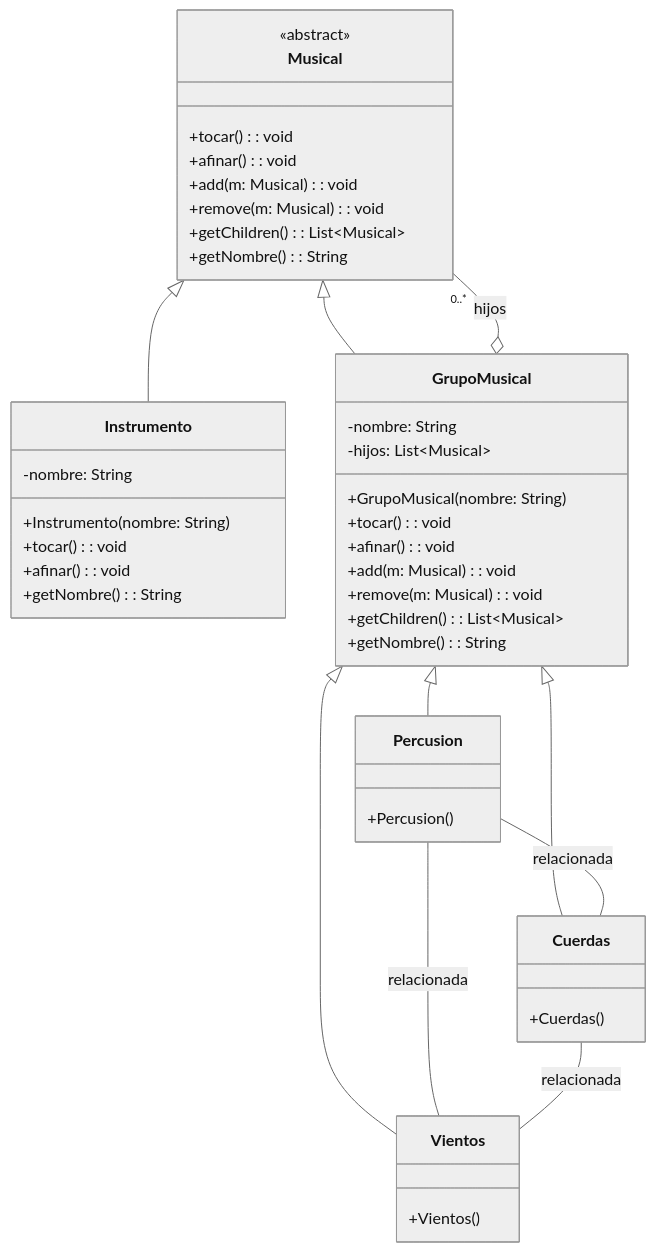
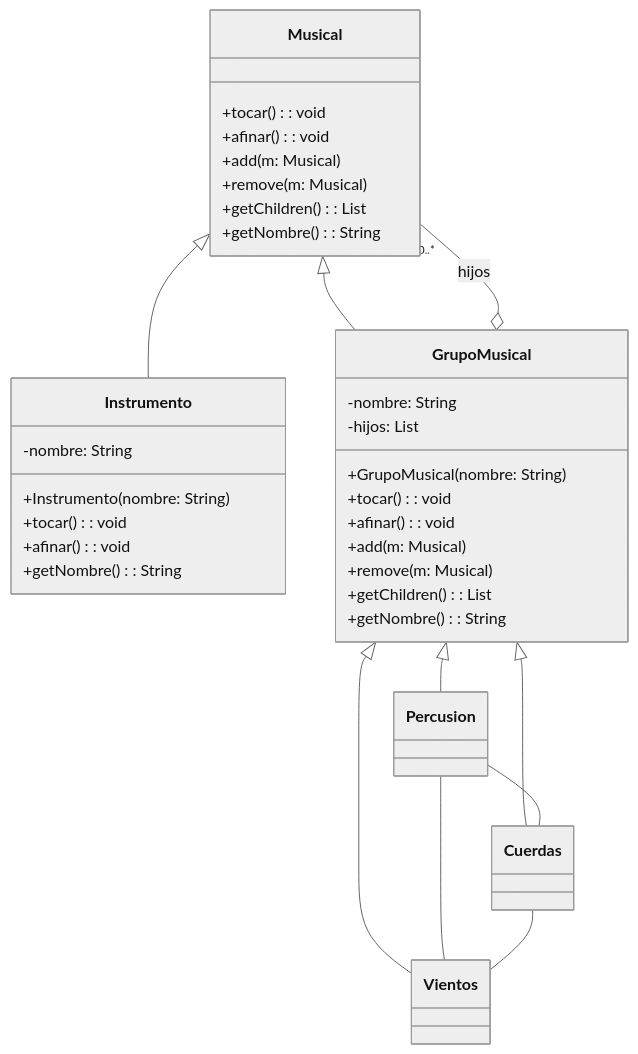
Before and after one commit to DominicRobayod/Ejercicio-instrumentos: the diagram in README.md, drawn with Mermaid (neutral theme). The commit also changed other lines of this file, not shown here.

````diff
--- a/README.md
+++ b/README.md
@@ -21,59 +23,52 @@
 ```mermaid
 classDiagram
-    class Musical <<abstract>> {
+    class Musical {
         +tocar(): void
         +afinar(): void
-        +add(m: Musical): void
-        +remove(m: Musical): void
-        +getChildren(): List~Musical~
+        +add(m: Musical)
+        +remove(m: Musical)
+        +getChildren(): List
         +getNombre(): String
     }
 
     class Instrumento {
         -nombre: String
         +Instrumento(nombre: String)
         +tocar(): void
         +afinar(): void
         +getNombre(): String
     }
 
     class GrupoMusical {
         -nombre: String
-        -hijos: List~Musical~
+        -hijos: List
         +GrupoMusical(nombre: String)
         +tocar(): void
         +afinar(): void
-        +add(m: Musical): void
-        +remove(m: Musical): void
-        +getChildren(): List~Musical~
+        +add(m: Musical)
+        +remove(m: Musical)
+        +getChildren(): List
         +getNombre(): String
     }
 
-    class Percusion {
-        +Percusion()
-        %% Constructor: crea instrumentos de percusión: Batería, Congas, Bongós
-    }
-    class Cuerdas {
-        +Cuerdas()
-        %% Constructor: crea instrumentos de cuerdas: Guitarra, Violín, Arpa
-    }
-    class Vientos {
-        +Vientos()
-        %% Constructor: crea instrumentos de viento: Flauta, Saxofón, Trompeta
-    }
+    class Percusion
+    class Cuerdas
+    class Vientos
 
-    %% Herencias
+    %% Herencia (Musical es superclase)
     Musical <|-- Instrumento
     Musical <|-- GrupoMusical
+
+    %% GrupoMusical es padre de las subclases concretas
     GrupoMusical <|-- Percusion
     GrupoMusical <|-- Cuerdas
     GrupoMusical <|-- Vientos
 
-    %% Agregación: GrupoMusical agrega (contiene) 0..* Musical
+    %% Agregación: GrupoMusical contiene 0..* Musical (hijos)
     GrupoMusical o-- "0..*" Musical : hijos
 
-    %% Asociaciones entre Percusion, Cuerdas y Vientos
-    Percusion -- Cuerdas : relacionada
-    Percusion -- Vientos : relacionada
-    Cuerdas -- Vientos : relacionada
+    %% Relaciones/Asociaciones entre tipos de grupos
+    Percusion -- Cuerdas
+    Percusion -- Vientos
+    Cuerdas -- Vientos
 ```
````
